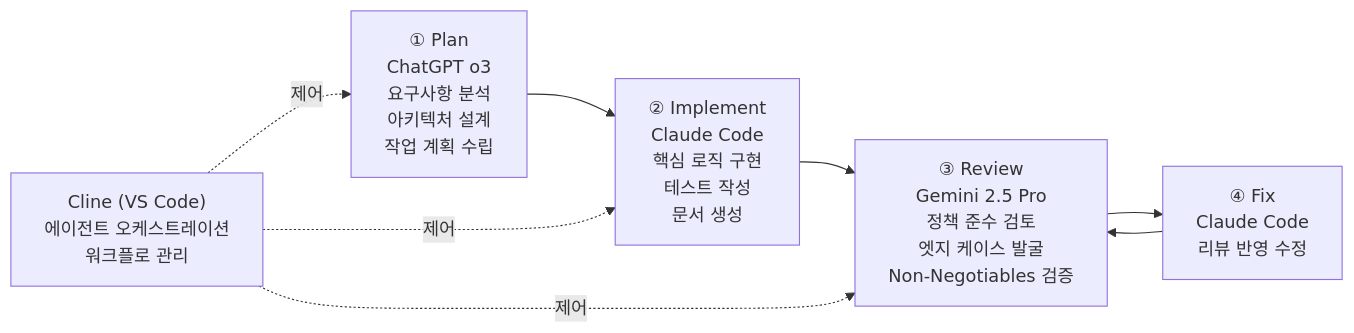
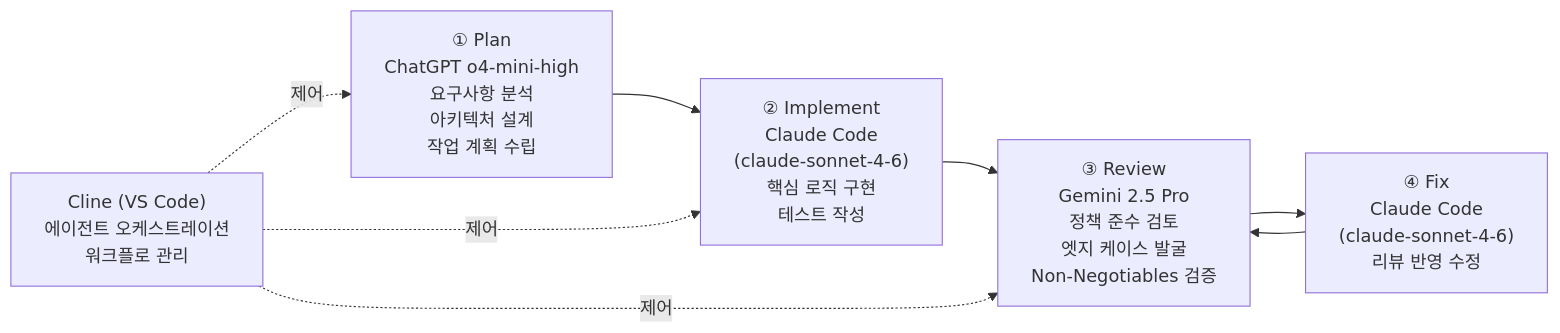
The third of 3 diagrams in README.md (illegaluser/kobimedi-poc), drawn with Mermaid before and after one commit. The commit also changed other lines of this file, not shown here.

````diff
--- a/README.md
+++ b/README.md
@@ -621,14 +621,14 @@
 ```mermaid
 flowchart LR
-    plan["① Plan\nChatGPT o3\n요구사항 분석\n아키텍처 설계\n작업 계획 수립"]
-    impl["② Implement\nClaude Code\n핵심 로직 구현\n테스트 작성\n문서 생성"]
+    plan["① Plan\nChatGPT o4-mini-high\n요구사항 분석\n아키텍처 설계\n작업 계획 수립"]
+    impl["② Implement\nClaude Code\n(claude-sonnet-4-6)\n핵심 로직 구현\n테스트 작성"]
     review["③ Review\nGemini 2.5 Pro\n정책 준수 검토\n엣지 케이스 발굴\nNon-Negotiables 검증"]
-    fix["④ Fix\nClaude Code\n리뷰 반영 수정"]
+    fix["④ Fix\nClaude Code\n(claude-sonnet-4-6)\n리뷰 반영 수정"]
 
     plan --> impl --> review --> fix --> review
 
     cline["Cline (VS Code)\n에이전트 오케스트레이션\n워크플로 관리"]
     cline -.->|제어| plan
     cline -.->|제어| impl
     cline -.->|제어| review
 ```
````
